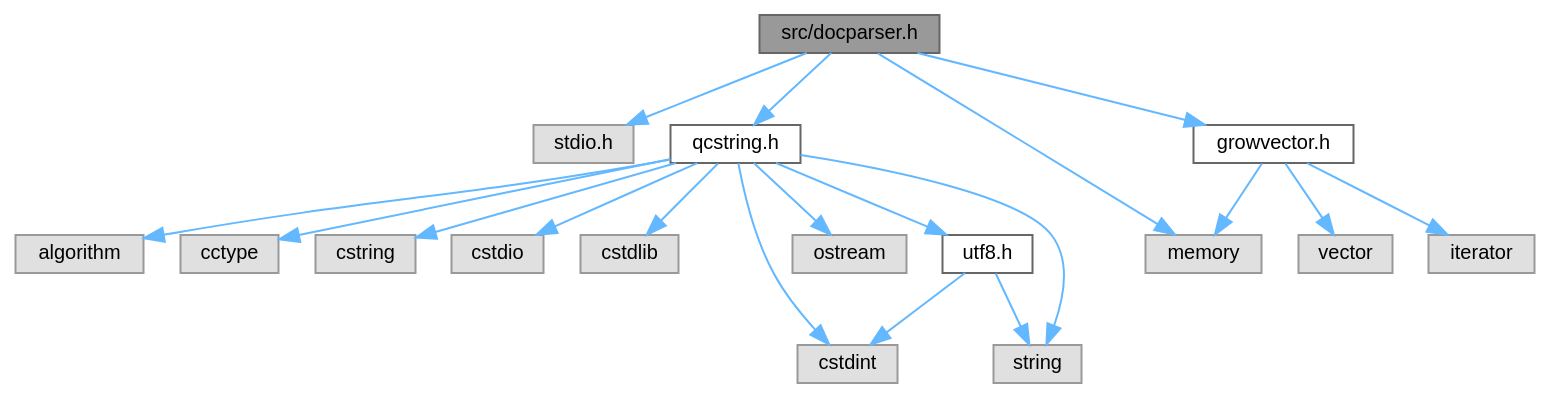
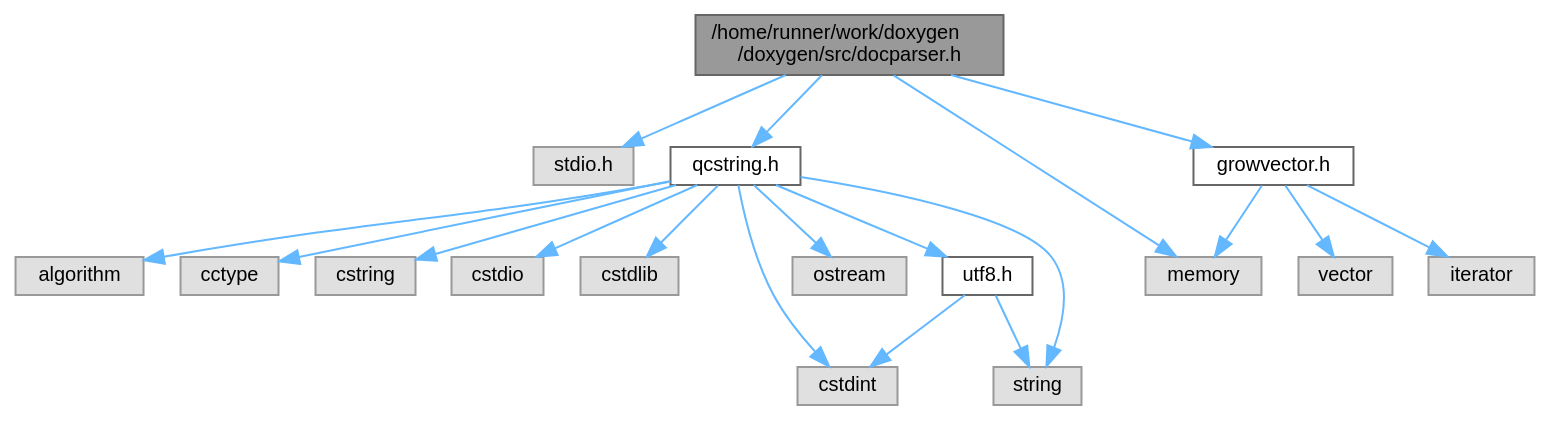
One commit to petyovsky/doxygen changed the diagram in de/dbf/docparser_8h__incl.dot. Above: the diagram before and after it, drawn with Graphviz. The commit also changed 5062 other files, not shown here.

```diff
--- a/de/dbf/docparser_8h__incl.dot
+++ b/de/dbf/docparser_8h__incl.dot
@@ -1,42 +1,42 @@
-digraph "src/docparser.h"
+digraph "/home/runner/work/doxygen/doxygen/src/docparser.h"
 {
  // INTERACTIVE_SVG=YES
  // LATEX_PDF_SIZE
   bgcolor="transparent";
   edge [fontname=Helvetica,fontsize=10,labelfontname=Helvetica,labelfontsize=10];
   node [fontname=Helvetica,fontsize=10,shape=box,height=0.2,width=0.4];
-  Node1 [label="src/docparser.h",height=0.2,width=0.4,color="gray40", fillcolor="grey60", style="filled", fontcolor="black",tooltip=" "];
+  Node1 [label="/home/runner/work/doxygen\l/doxygen/src/docparser.h",height=0.2,width=0.4,color="gray40", fillcolor="grey60", style="filled", fontcolor="black",tooltip=" "];
   Node1 -> Node2 [color="steelblue1",style="solid"];
   Node2 [label="stdio.h",height=0.2,width=0.4,color="grey60", fillcolor="#E0E0E0", style="filled",tooltip=" "];
   Node1 -> Node3 [color="steelblue1",style="solid"];
   Node3 [label="memory",height=0.2,width=0.4,color="grey60", fillcolor="#E0E0E0", style="filled",tooltip=" "];
   Node1 -> Node4 [color="steelblue1",style="solid"];
   Node4 [label="qcstring.h",height=0.2,width=0.4,color="grey40", fillcolor="white", style="filled",URL="$d7/d5c/qcstring_8h.html",tooltip=" "];
   Node4 -> Node5 [color="steelblue1",style="solid"];
   Node5 [label="string",height=0.2,width=0.4,color="grey60", fillcolor="#E0E0E0", style="filled",tooltip=" "];
   Node4 -> Node6 [color="steelblue1",style="solid"];
   Node6 [label="algorithm",height=0.2,width=0.4,color="grey60", fillcolor="#E0E0E0", style="filled",tooltip=" "];
   Node4 -> Node7 [color="steelblue1",style="solid"];
   Node7 [label="cctype",height=0.2,width=0.4,color="grey60", fillcolor="#E0E0E0", style="filled",tooltip=" "];
   Node4 -> Node8 [color="steelblue1",style="solid"];
   Node8 [label="cstring",height=0.2,width=0.4,color="grey60", fillcolor="#E0E0E0", style="filled",tooltip=" "];
   Node4 -> Node9 [color="steelblue1",style="solid"];
   Node9 [label="cstdio",height=0.2,width=0.4,color="grey60", fillcolor="#E0E0E0", style="filled",tooltip=" "];
   Node4 -> Node10 [color="steelblue1",style="solid"];
   Node10 [label="cstdlib",height=0.2,width=0.4,color="grey60", fillcolor="#E0E0E0", style="filled",tooltip=" "];
   Node4 -> Node11 [color="steelblue1",style="solid"];
   Node11 [label="cstdint",height=0.2,width=0.4,color="grey60", fillcolor="#E0E0E0", style="filled",tooltip=" "];
   Node4 -> Node12 [color="steelblue1",style="solid"];
   Node12 [label="ostream",height=0.2,width=0.4,color="grey60", fillcolor="#E0E0E0", style="filled",tooltip=" "];
   Node4 -> Node13 [color="steelblue1",style="solid"];
   Node13 [label="utf8.h",height=0.2,width=0.4,color="grey40", fillcolor="white", style="filled",URL="$db/d7c/utf8_8h.html",tooltip="Various UTF8 related helper functions."];
   Node13 -> Node11 [color="steelblue1",style="solid"];
   Node13 -> Node5 [color="steelblue1",style="solid"];
   Node1 -> Node14 [color="steelblue1",style="solid"];
   Node14 [label="growvector.h",height=0.2,width=0.4,color="grey40", fillcolor="white", style="filled",URL="$d7/d50/growvector_8h.html",tooltip=" "];
   Node14 -> Node15 [color="steelblue1",style="solid"];
   Node15 [label="vector",height=0.2,width=0.4,color="grey60", fillcolor="#E0E0E0", style="filled",tooltip=" "];
   Node14 -> Node3 [color="steelblue1",style="solid"];
   Node14 -> Node16 [color="steelblue1",style="solid"];
   Node16 [label="iterator",height=0.2,width=0.4,color="grey60", fillcolor="#E0E0E0", style="filled",tooltip=" "];
 }
```
